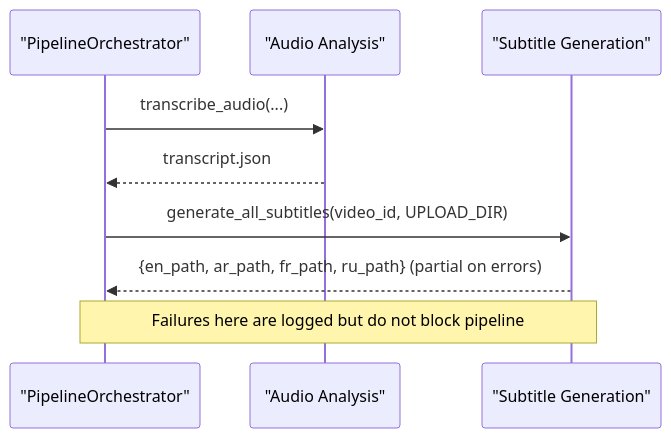
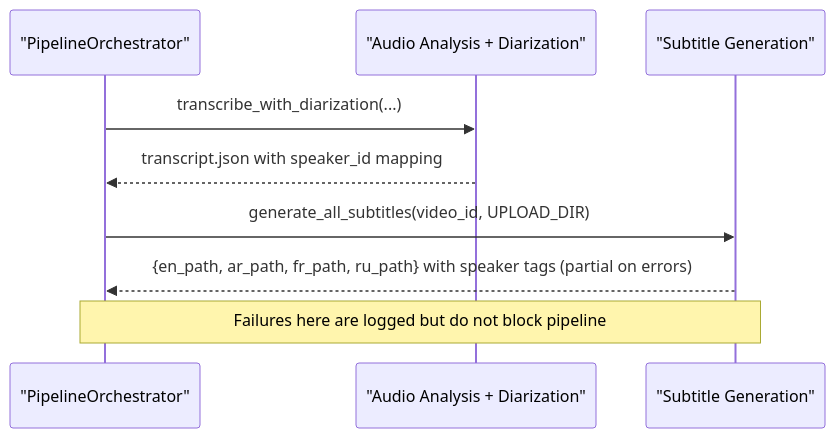
Before and after one commit to alexandreybasta-cyber/dubai-media-ai: the fifth of 8 diagrams in .qoder/repowiki/en/content/Media Processing Pipeline/Subtitle Generation Module.md, drawn with Mermaid. The commit also changed other lines of this file and 20 other files, not shown here.

````diff
--- a/.qoder/repowiki/en/content/Media Processing Pipeline/Subtitle Generation Module.md
+++ b/.qoder/repowiki/en/content/Media Processing Pipeline/Subtitle Generation Module.md
@@ -220,11 +241,11 @@
 ```mermaid
 sequenceDiagram
 participant Orchestrator as "PipelineOrchestrator"
-participant Audio as "Audio Analysis"
+participant Audio as "Audio Analysis + Diarization"
 participant SubGen as "Subtitle Generation"
-Orchestrator->>Audio : transcribe_audio(...)
-Audio-->>Orchestrator : transcript.json
+Orchestrator->>Audio : transcribe_with_diarization(...)
+Audio-->>Orchestrator : transcript.json with speaker_id mapping
 Orchestrator->>SubGen : generate_all_subtitles(video_id, UPLOAD_DIR)
-SubGen-->>Orchestrator : {en_path, ar_path, fr_path, ru_path} (partial on errors)
+SubGen-->>Orchestrator : {en_path, ar_path, fr_path, ru_path} with speaker tags (partial on errors)
 Note over Orchestrator,SubGen : Failures here are logged but do not block pipeline
 ```
````
